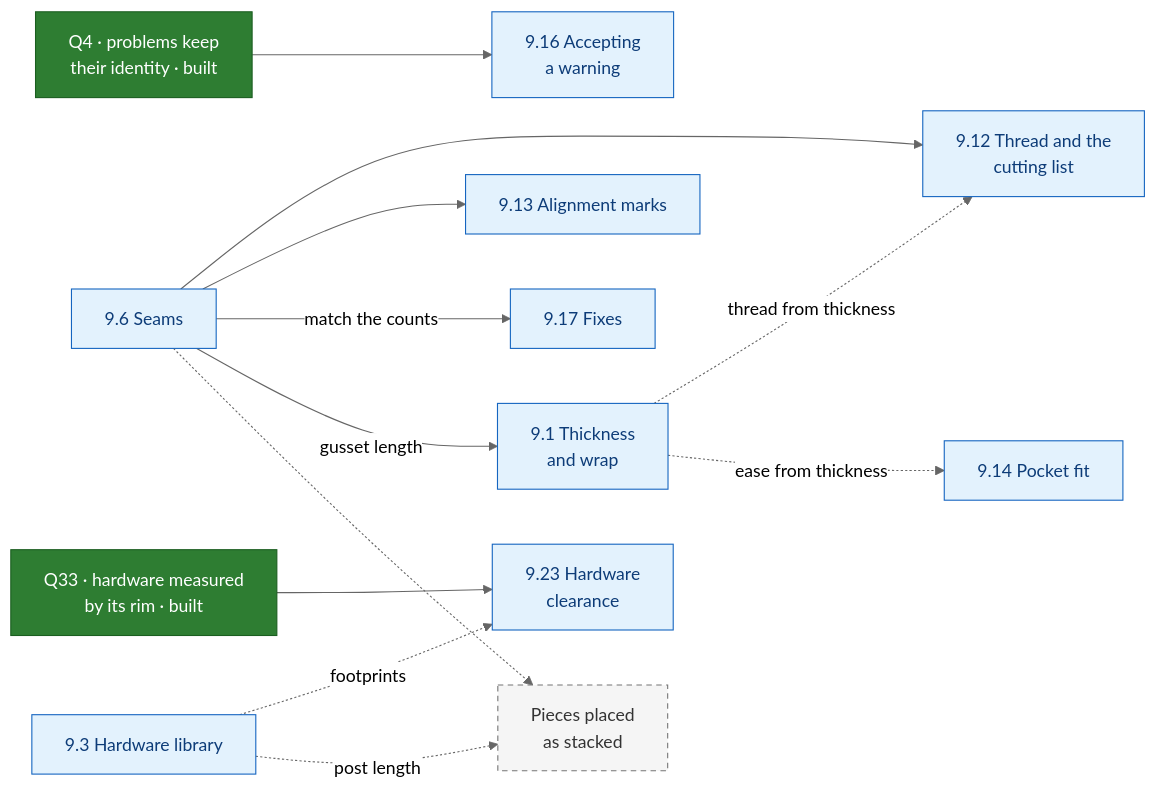
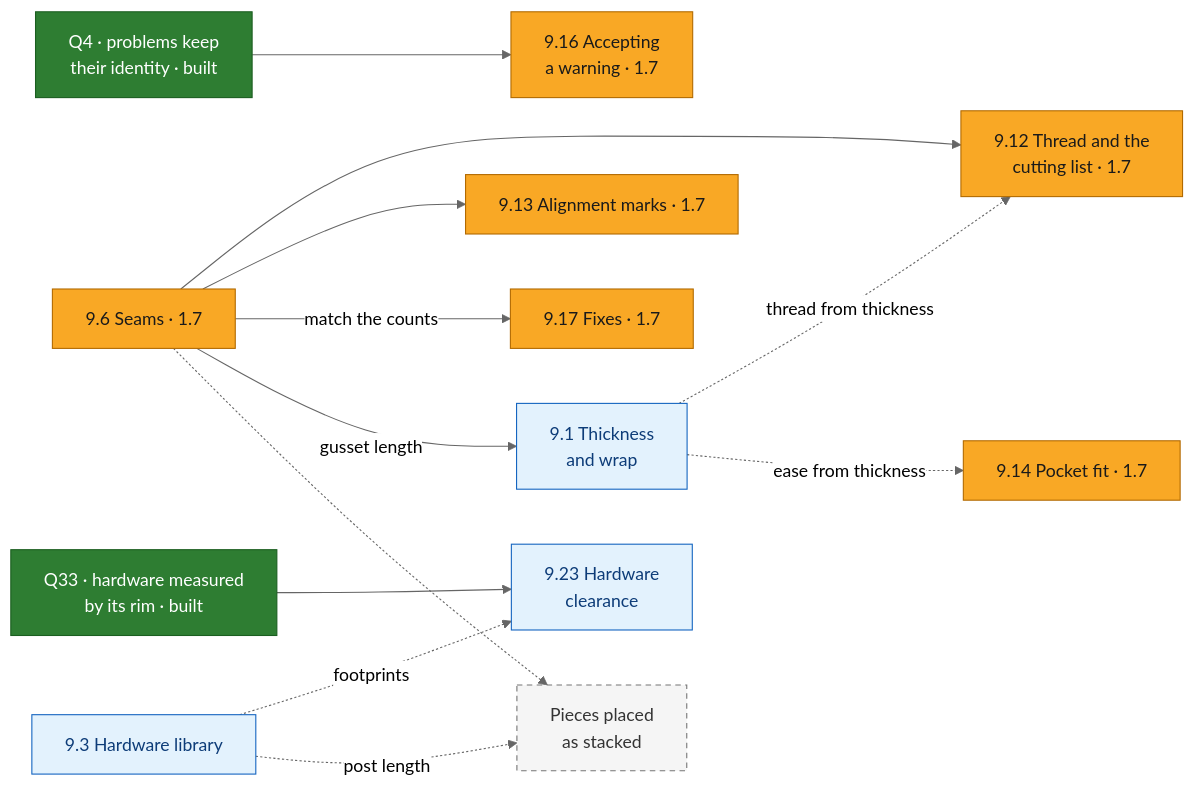
One commit to crnlsp/leathercad changed the fifth of 6 diagrams in docs/product-roadmap.md. Above: the diagram before and after it, drawn with Mermaid (neutral theme). The commit also changed other lines of this file and 11 other files, not shown here.

````diff
--- a/docs/product-roadmap.md
+++ b/docs/product-roadmap.md
@@ -177,29 +180,30 @@
 ```mermaid
 flowchart LR
   q4["Q4 · problems keep<br/>their identity · built"]:::built
   q33["Q33 · hardware measured<br/>by its rim · built"]:::built
-  s96["9.6 Seams"]:::candidate
-  t912["9.12 Thread and the<br/>cutting list"]:::candidate
-  m913["9.13 Alignment marks"]:::candidate
-  p914["9.14 Pocket fit"]:::candidate
-  a916["9.16 Accepting<br/>a warning"]:::candidate
-  f917["9.17 Fixes"]:::candidate
+  s96["9.6 Seams · 1.7"]:::progress
+  t912["9.12 Thread and the<br/>cutting list · 1.7"]:::progress
+  m913["9.13 Alignment marks · 1.7"]:::progress
+  p914["9.14 Pocket fit · 1.7"]:::progress
+  a916["9.16 Accepting<br/>a warning · 1.7"]:::progress
+  f917["9.17 Fixes · 1.7"]:::progress
   w91["9.1 Thickness<br/>and wrap"]:::candidate
   h923["9.23 Hardware<br/>clearance"]:::candidate
   h93["9.3 Hardware library"]:::candidate
   stack["Pieces placed<br/>as stacked"]:::exploring
   q4 --> a916
   s96 --> t912
   s96 --> m913
   s96 -->|"match the counts"| f917
   s96 -->|"gusset length"| w91
   w91 -.->|"thread from thickness"| t912
   w91 -.->|"ease from thickness"| p914
   q33 --> h923
   h93 -.->|"footprints"| h923
   s96 -.-> stack
   h93 -.->|"post length"| stack
   classDef built fill:#2e7d32,stroke:#1b5e20,color:#ffffff
+  classDef progress fill:#f9a825,stroke:#b26a00,color:#1a1a1a
   classDef candidate fill:#e3f2fd,stroke:#1565c0,color:#0d3c78
   classDef exploring fill:#f5f5f5,stroke:#757575,color:#333333,stroke-dasharray: 5 4
 ```
````
